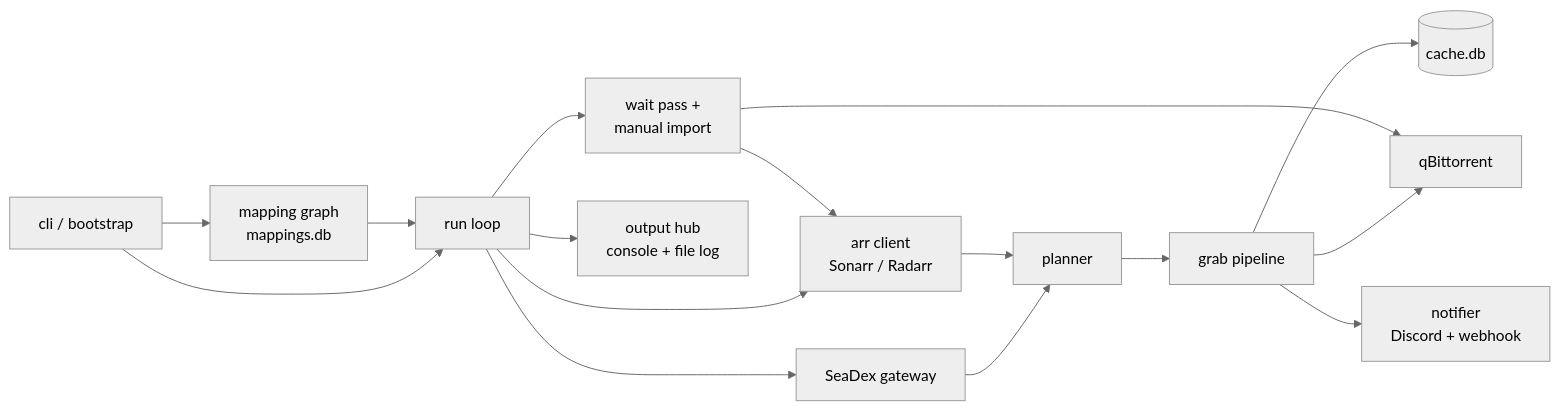
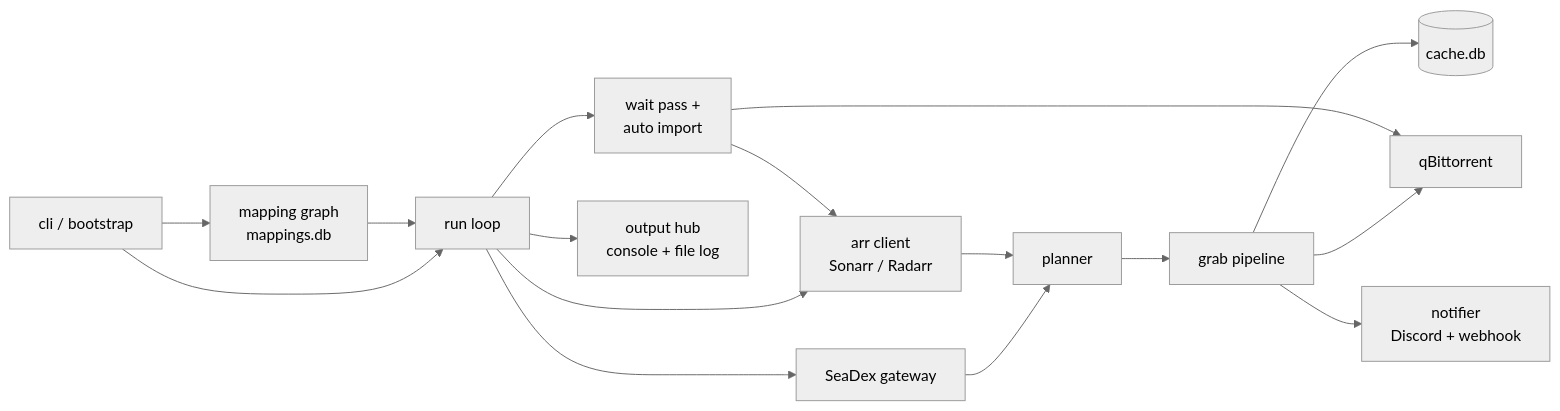
The diagram in docs/architecture.md (trevinbrooks/pearlarr), drawn with Mermaid before and after one commit. The commit also changed other lines of this file and 8 other files, not shown here.

````diff
--- a/docs/architecture.md
+++ b/docs/architecture.md
@@ -21,19 +21,19 @@
 ```mermaid
 %%{init: {"theme": "neutral"}}%%
 flowchart LR
     CLI[cli / bootstrap] --> MAP[mapping graph<br/>mappings.db]
     CLI --> RUN[run loop]
     MAP --> RUN
     RUN --> ARR[arr client<br/>Sonarr / Radarr]
     RUN --> SDX[SeaDex gateway]
     SDX --> PLAN[planner]
     ARR --> PLAN
     PLAN --> GRAB[grab pipeline]
     GRAB --> QBIT[qBittorrent]
     GRAB --> CACHE[(cache.db)]
     GRAB --> NOTIFY[notifier<br/>Discord + webhook]
-    RUN --> WAIT[wait pass +<br/>manual import]
+    RUN --> WAIT[wait pass +<br/>auto import]
     WAIT --> ARR
     WAIT --> QBIT
     RUN --> OUT[output hub<br/>console + file log]
 ```
````
